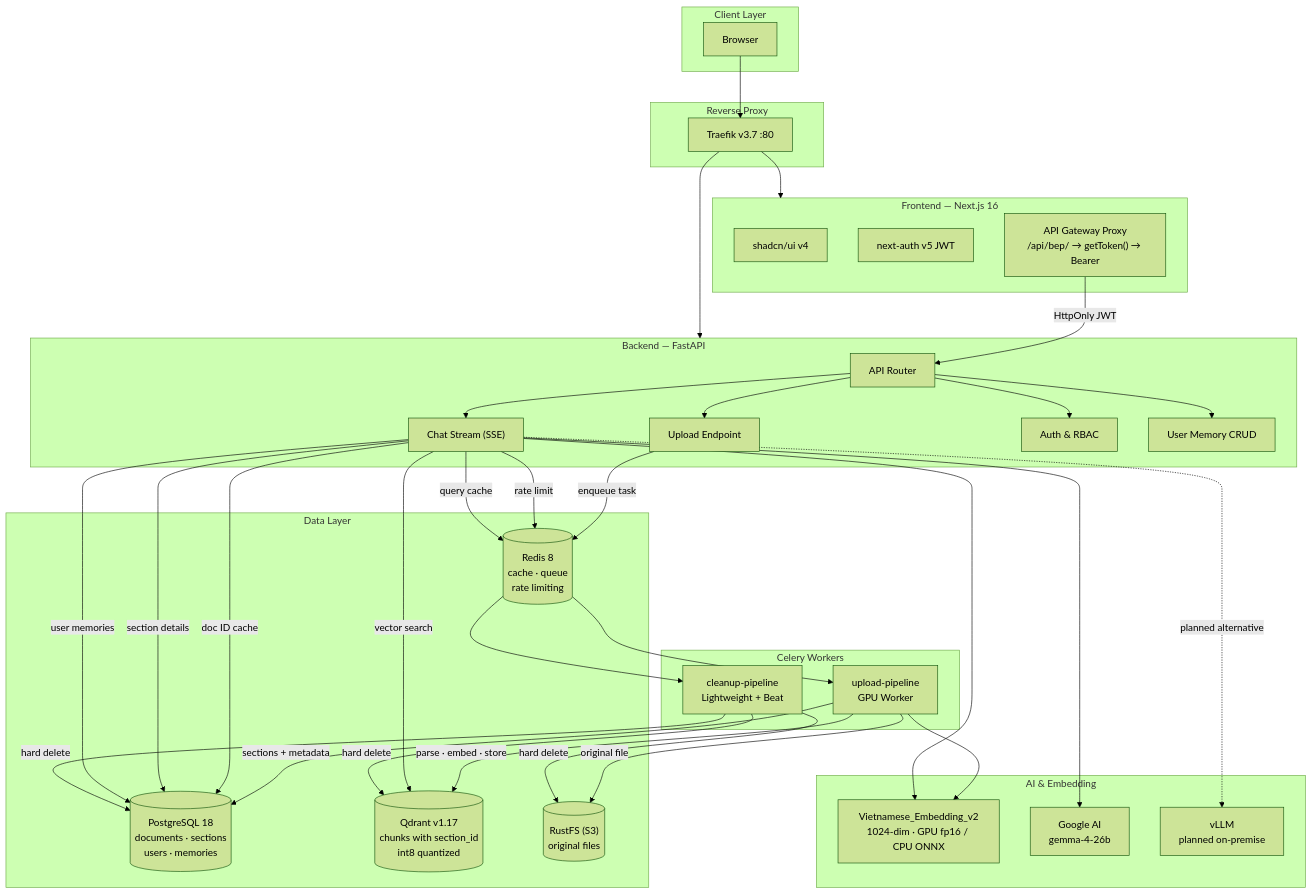
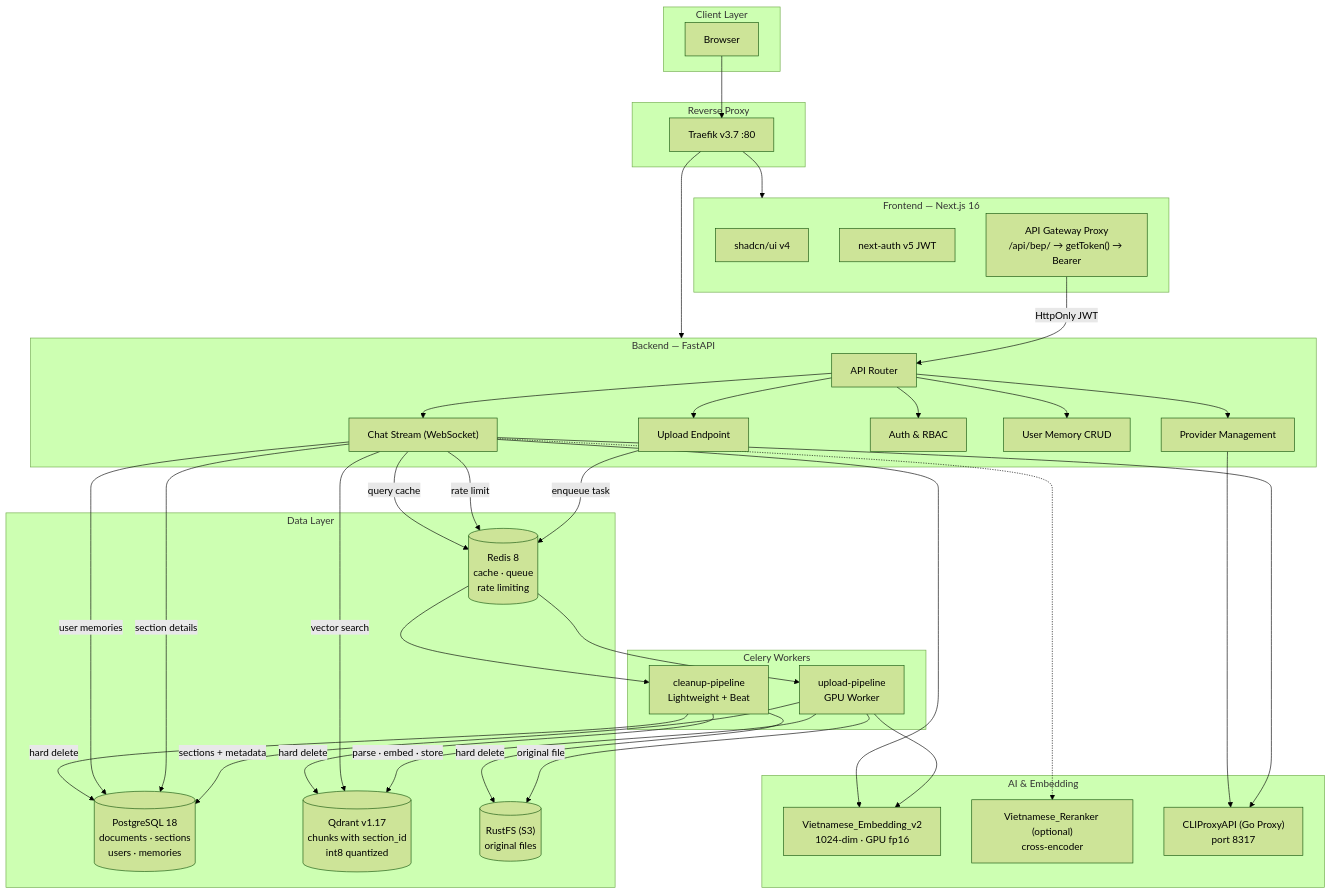
The first of 5 diagrams in README.md (qtuanph/chatbot-rag), drawn with Mermaid (forest theme) before and after one commit. The commit also changed other lines of this file and 69 other files, not shown here.

Commit message:
feat: initialize chatbot RAG architecture with backend modules, websocket streaming, and Next.js admin dashboard

````diff
--- a/README.md
+++ b/README.md
@@ -76,75 +81,78 @@
 ```mermaid
 graph TB
     subgraph Client["Client Layer"]
         Browser["Browser"]
     end
 
     subgraph Gateway["Reverse Proxy"]
         Traefik["Traefik v3.7 :80"]
     end
 
     subgraph Frontend["Frontend — Next.js 16"]
         UI["shadcn/ui v4"]
         Auth["next-auth v5 JWT"]
         Proxy["API Gateway Proxy<br/>/api/bep/ → getToken() → Bearer"]
     end
 
     subgraph Backend["Backend — FastAPI"]
         APIRouter["API Router"]
-        ChatRoute["Chat Stream (SSE)"]
+        ChatRoute["Chat Stream (WebSocket)"]
         UploadRoute["Upload Endpoint"]
         AuthRoute["Auth & RBAC"]
         MemoryRoute["User Memory CRUD"]
+        AdminRoute["Provider Management"]
     end
 
     subgraph Workers["Celery Workers"]
         UploadWorker["upload-pipeline<br/>GPU Worker"]
         CleanupWorker["cleanup-pipeline<br/>Lightweight + Beat"]
     end
 
     subgraph Data["Data Layer"]
         PG[("PostgreSQL 18<br/>documents · sections<br/>users · memories")]
         Qdrant[("Qdrant v1.17<br/>chunks with section_id<br/>int8 quantized")]
         Redis[("Redis 8<br/>cache · queue<br/>rate limiting")]
         RustFS[("RustFS (S3)<br/>original files")]
     end
 
     subgraph AI["AI & Embedding"]
-        Embedding["Vietnamese_Embedding_v2<br/>1024-dim · GPU fp16 / CPU ONNX"]
-        Google["Google AI<br/>gemma-4-26b"]
-        vLLM["vLLM<br/>planned on-premise"]
+        Embedding["Vietnamese_Embedding_v2<br/>1024-dim · GPU fp16"]
+        Reranker["Vietnamese_Reranker (optional)<br/>cross-encoder"]
+        AIProxy["CLIProxyAPI (Go Proxy)<br/>port 8317"]
     end
 
     Browser --> Traefik
     Traefik --> Frontend
     Traefik --> Backend
 
     Proxy -->|"HttpOnly JWT"| APIRouter
     APIRouter --> ChatRoute
     APIRouter --> UploadRoute
     APIRouter --> AuthRoute
     APIRouter --> MemoryRoute
+    APIRouter --> AdminRoute
 
     UploadRoute -->|"enqueue task"| Redis
     Redis --> UploadWorker
     Redis --> CleanupWorker
 
     UploadWorker -->|"parse · embed · store"| Qdrant
     UploadWorker -->|"sections + metadata"| PG
     UploadWorker -->|"original file"| RustFS
     UploadWorker --> Embedding
 
     ChatRoute -->|"rate limit"| Redis
     ChatRoute -->|"query cache"| Redis
-    ChatRoute -->|"doc ID cache"| PG
     ChatRoute -->|"vector search"| Qdrant
     ChatRoute -->|"section details"| PG
-    ChatRoute --> Google
-    ChatRoute -.->|"planned alternative"| vLLM
+    ChatRoute --> AIProxy
     ChatRoute -->|"user memories"| PG
     ChatRoute --> Embedding
+    ChatRoute -.-> Reranker
+
+    AdminRoute --> AIProxy
 
     CleanupWorker -->|"hard delete"| Qdrant
     CleanupWorker -->|"hard delete"| RustFS
     CleanupWorker -->|"hard delete"| PG
 ```
````
